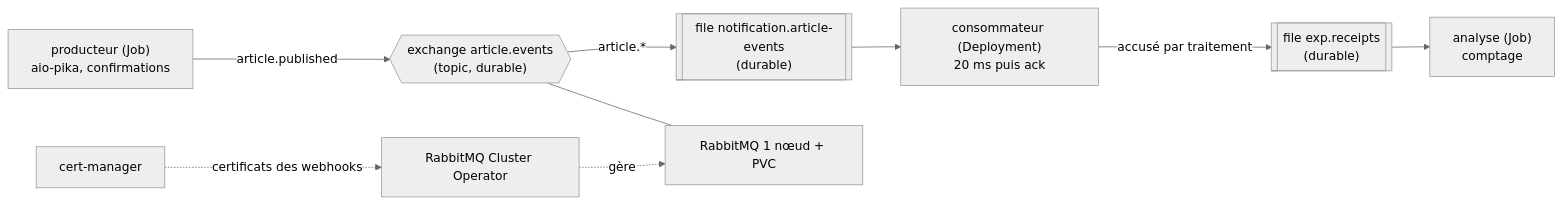
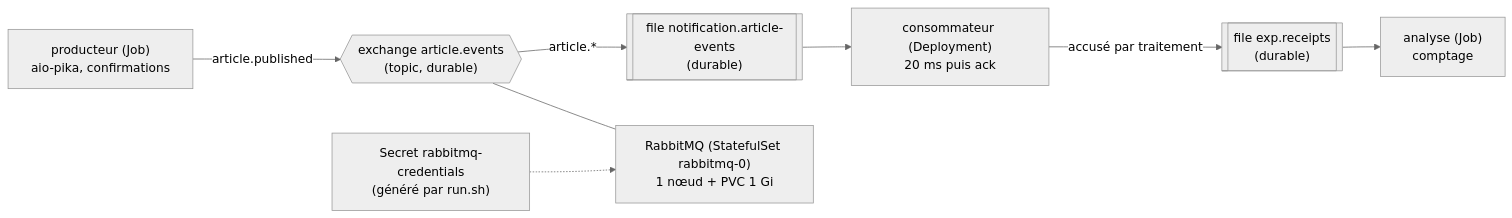
The diagram in docs/04-experimentations/01-rabbitmq/protocole.md (Luucaaas/collector-poc), drawn with Mermaid (neutral theme) before and after one commit. The commit also changed other lines of this file and 12 other files, not shown here.

First line of the commit message:
Fusion de P3-06 : expérimentation RabbitMQ sans opérateur ni cert-manager

````diff
--- a/docs/04-experimentations/01-rabbitmq/protocole.md
+++ b/docs/04-experimentations/01-rabbitmq/protocole.md
@@ -18,11 +18,10 @@
 ```mermaid
 flowchart LR
     P["producteur (Job)<br/>aio-pika, confirmations"] -- "article.published" --> X{{"exchange article.events<br/>(topic, durable)"}}
     X -- "article.*" --> Q[["file notification.article-events<br/>(durable)"]]
     Q --> C["consommateur (Deployment)<br/>20 ms puis ack"]
     C -- "accusé par traitement" --> R[["file exp.receipts<br/>(durable)"]]
     R --> A["analyse (Job)<br/>comptage"]
-    OP["RabbitMQ Cluster Operator"] -. "gère" .-> B["RabbitMQ 1 nœud + PVC"]
-    CM["cert-manager"] -. "certificats des webhooks" .-> OP
-    X --- B
+    X --- B["RabbitMQ (StatefulSet rabbitmq-0)<br/>1 nœud + PVC 1 Gi"]
+    S["Secret rabbitmq-credentials<br/>(généré par run.sh)"] -.-> B
 ```
````
